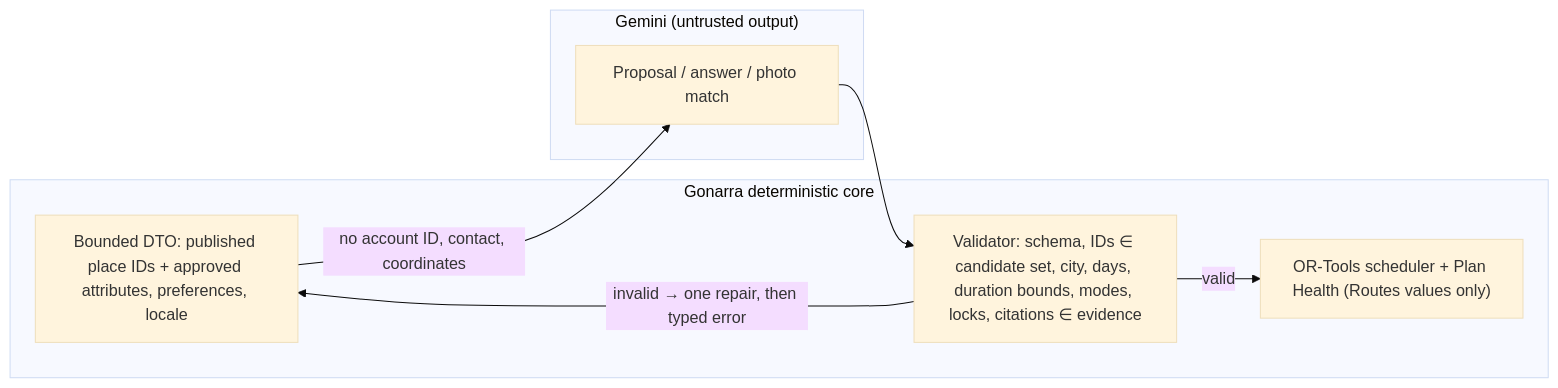
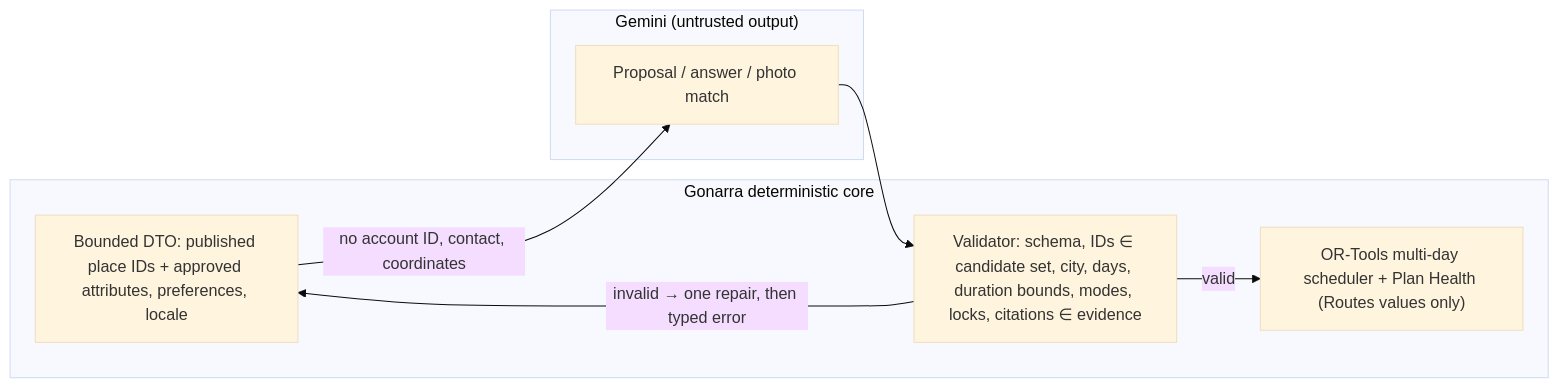
Before and after one commit to lnt-h/fyp_dana: diagram 11 of 11 in docs/04-design/architecture/SAD.md, drawn with Mermaid (base theme). The commit also changed other lines of this file and 19 other files, not shown here.

First line of the commit message:
docs(design): align AI design — two-tier Guide evidence, multi-day OR-Tools model, embeddings on write

````diff
--- a/docs/04-design/architecture/SAD.md
+++ b/docs/04-design/architecture/SAD.md
@@ -818,14 +819,14 @@
 ```mermaid
 flowchart LR
   subgraph trusted["Gonarra deterministic core"]
     dto["Bounded DTO: published place IDs + approved attributes, preferences, locale"]
     val["Validator: schema, IDs ∈ candidate set, city, days, duration bounds, modes, locks, citations ∈ evidence"]
-    sch["OR-Tools scheduler + Plan Health (Routes values only)"]
+    sch["OR-Tools multi-day scheduler + Plan Health (Routes values only)"]
   end
   subgraph ai["Gemini (untrusted output)"]
     gen["Proposal / answer / photo match"]
   end
   dto -->|"no account ID, contact, coordinates"| gen --> val
   val -->|"valid"| sch
   val -->|"invalid → one repair, then typed error"| dto
 ```
````
